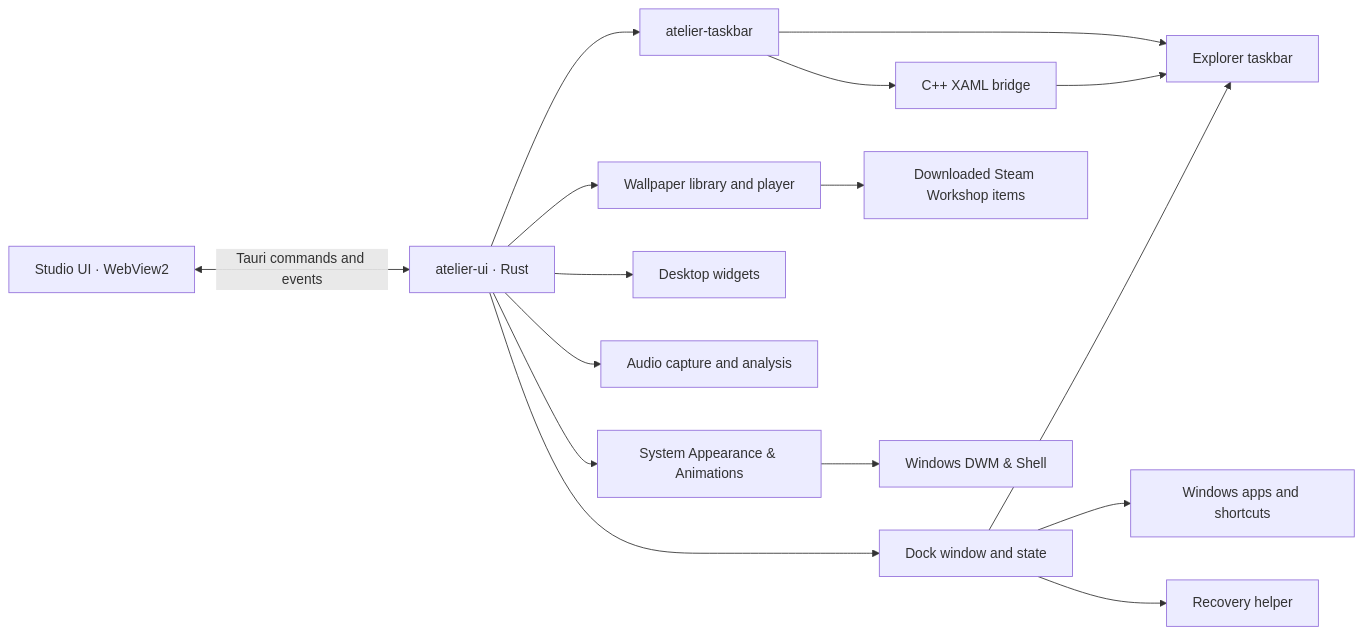
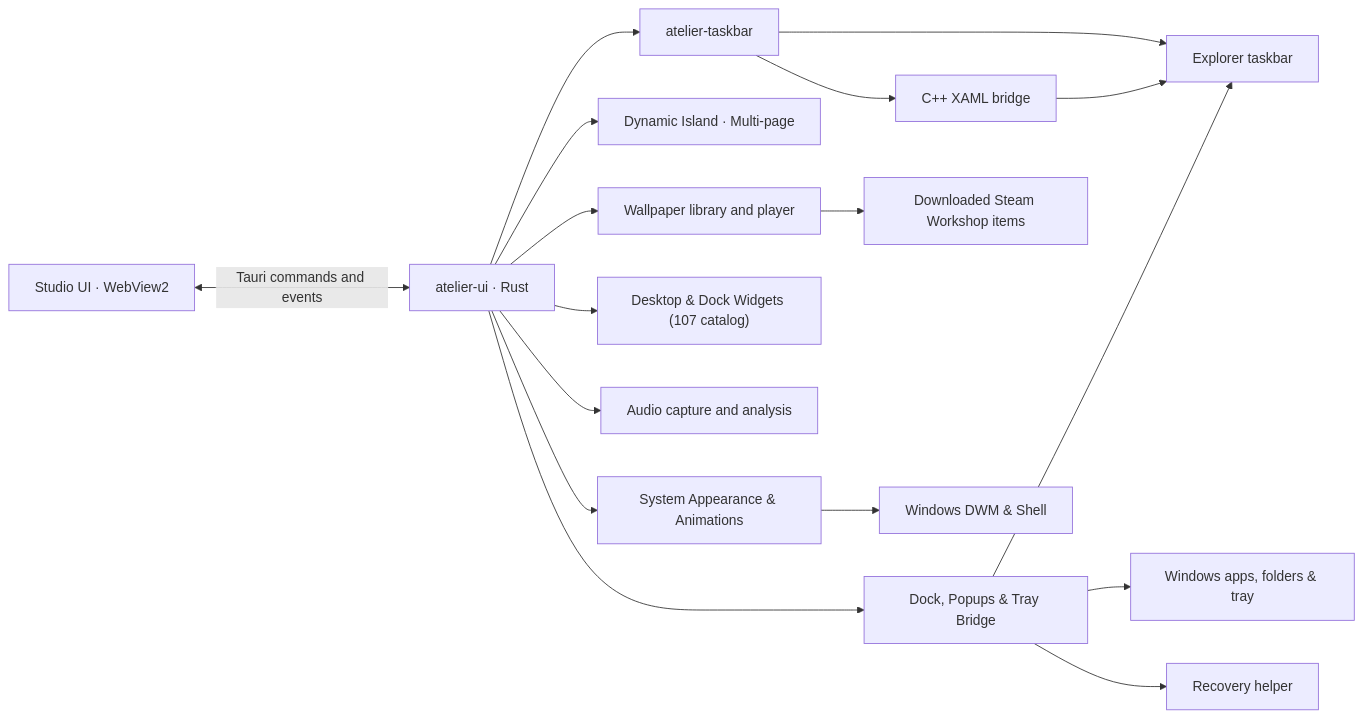
Before and after one commit to TheTechIndustry/Atelier: the diagram in README.md, drawn with Mermaid. The commit also changed other lines of this file and 11 other files, not shown here.

Commit message:
docs: update README, architecture, guides, and changelog for 0.2.0 features

````diff
--- a/README.md
+++ b/README.md
@@ -94,18 +95,19 @@
 ```mermaid
 flowchart LR
     Studio["Studio UI · WebView2"] <-->|"Tauri commands and events"| App["atelier-ui · Rust"]
     App --> Taskbar["atelier-taskbar"]
     Taskbar --> Explorer["Explorer taskbar"]
     Taskbar --> Bridge["C++ XAML bridge"]
     Bridge --> Explorer
-    App --> Dock["Dock window and state"]
+    App --> Dock["Dock, Popups & Tray Bridge"]
     Dock --> Explorer
-    Dock --> Apps["Windows apps and shortcuts"]
+    Dock --> Apps["Windows apps, folders & tray"]
+    App --> Island["Dynamic Island · Multi-page"]
     App --> Wallpaper["Wallpaper library and player"]
     Wallpaper --> Steam["Downloaded Steam Workshop items"]
-    App --> Widgets["Desktop widgets"]
+    App --> Widgets["Desktop & Dock Widgets (107 catalog)"]
     App --> Audio["Audio capture and analysis"]
     App --> Appearance["System Appearance & Animations"]
     Appearance --> DWM["Windows DWM & Shell"]
     Dock --> Guardian["Recovery helper"]
 ```
````
